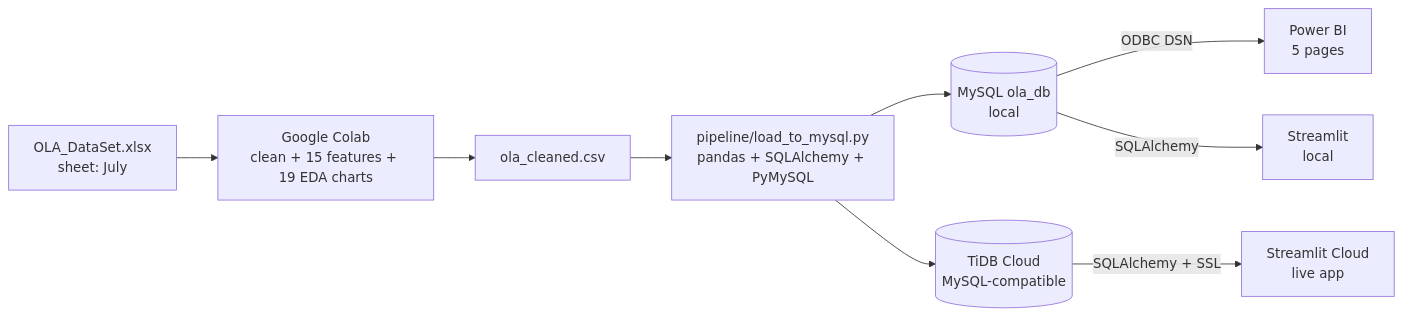
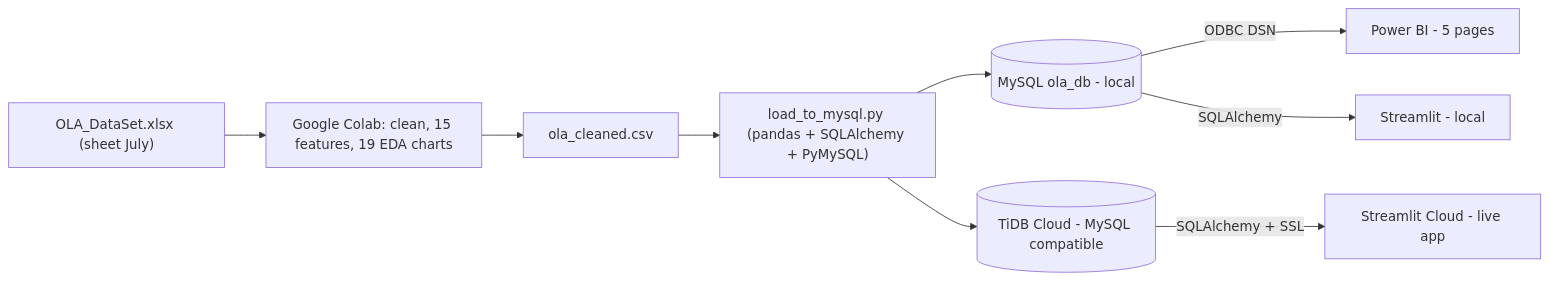
The diagram in README.md (Vipsa2207/Ola-Ride-Insights), drawn with Mermaid before and after one commit. The commit also changed other lines of this file, not shown here.

Commit message:
Revise architecture diagram formatting in README
Updated architecture diagram in README to improve clarity and consistency.

````diff
--- a/README.md
+++ b/README.md
@@ -65,11 +65,11 @@
 ```mermaid
 flowchart LR
-    A[OLA_DataSet.xlsx<br/>sheet: July] --> B[Google Colab<br/>clean + 15 features + 19 EDA charts]
-    B --> C[ola_cleaned.csv]
-    C --> D[pipeline/load_to_mysql.py<br/>pandas + SQLAlchemy + PyMySQL]
-    D --> E[(MySQL ola_db<br/>local)]
-    D --> F[(TiDB Cloud<br/>MySQL-compatible)]
-    E -- ODBC DSN --> G[Power BI<br/>5 pages]
-    E -- SQLAlchemy --> H[Streamlit<br/>local]
-    F -- SQLAlchemy + SSL --> I[Streamlit Cloud<br/>live app]
+    A["OLA_DataSet.xlsx (sheet July)"] --> B["Google Colab: clean, 15 features, 19 EDA charts"]
+    B --> C["ola_cleaned.csv"]
+    C --> D["load_to_mysql.py (pandas + SQLAlchemy + PyMySQL)"]
+    D --> E[("MySQL ola_db - local")]
+    D --> F[("TiDB Cloud - MySQL compatible")]
+    E -->|"ODBC DSN"| G["Power BI - 5 pages"]
+    E -->|"SQLAlchemy"| H["Streamlit - local"]
+    F -->|"SQLAlchemy + SSL"| I["Streamlit Cloud - live app"]
 ```
````
